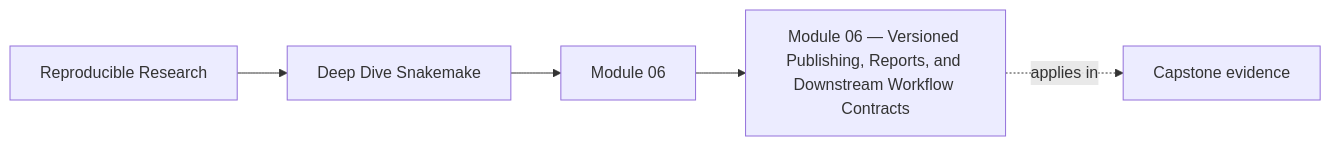
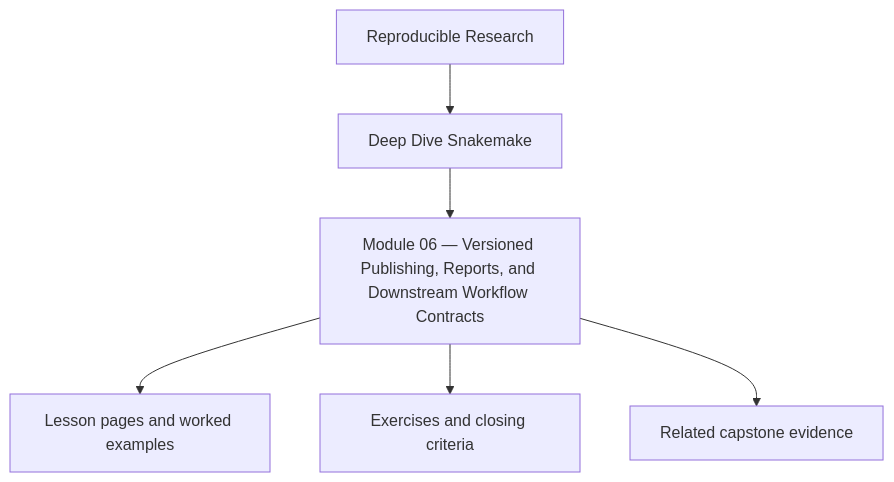
Before and after one commit to bijux/bijux-masterclass: the first of 2 diagrams in programs/reproducible-research/deep-dive-snakemake/course-book/module-06-publishing-and-downstream-contracts/index.md, drawn with Mermaid. The commit also changed other lines of this file and 10 other files, not shown here.

Commit message:
docs(deep-dive-snakemake): reposition module overview diagrams

````diff
--- a/programs/reproducible-research/deep-dive-snakemake/course-book/module-06-publishing-and-downstream-contracts/index.md
+++ b/programs/reproducible-research/deep-dive-snakemake/course-book/module-06-publishing-and-downstream-contracts/index.md
@@ -9,11 +9,8 @@
 ```mermaid
-graph LR
-  family["Reproducible Research"]
-  program["Deep Dive Snakemake"]
-  section["Module 06"]
-  page["Module 06 — Versioned Publishing, Reports, and Downstream Workflow Contracts"]
-  capstone["Capstone evidence"]
-
-  family --> program --> section --> page
-  page -.applies in.-> capstone
+flowchart TD
+  family["Reproducible Research"] --> program["Deep Dive Snakemake"]
+  program --> module["Module 06 — Versioned Publishing, Reports, and Downstream Workflow Contracts"]
+  module --> lessons["Lesson pages and worked examples"]
+  module --> checkpoints["Exercises and closing criteria"]
+  module --> capstone["Related capstone evidence"]
 ```
````
